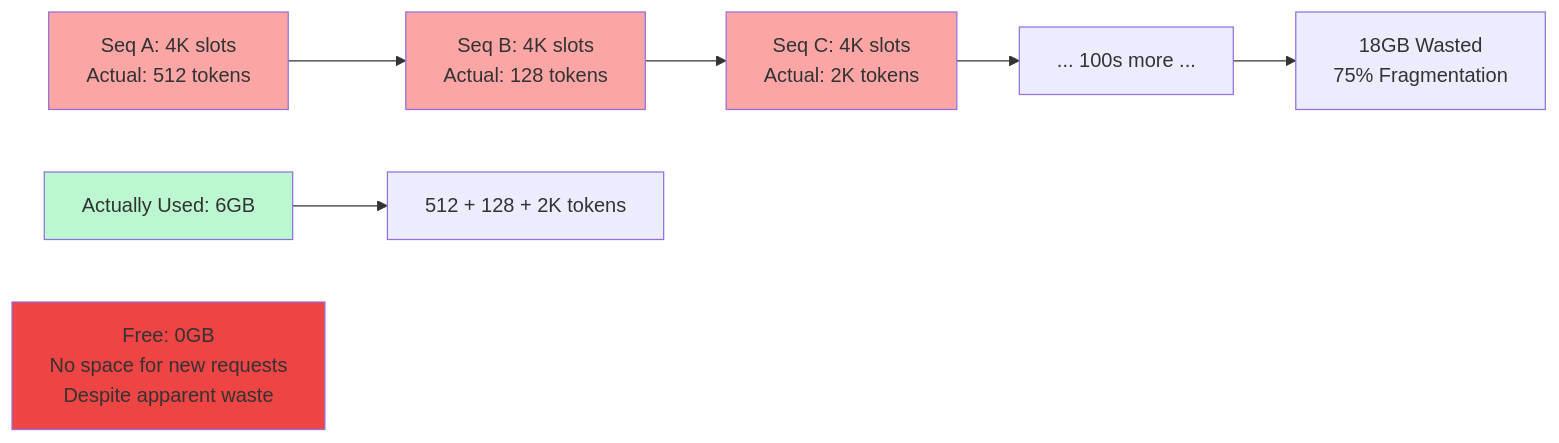
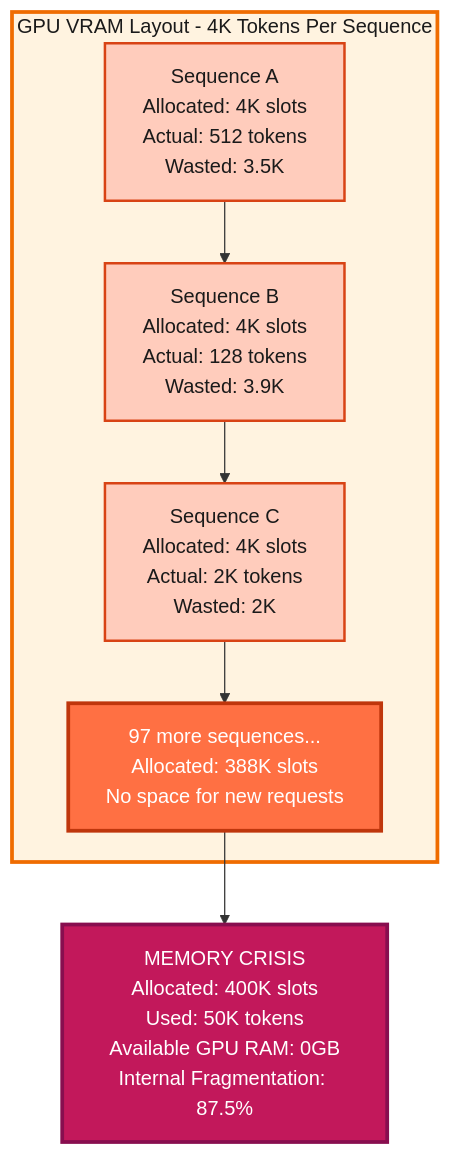
The second of 9 diagrams in lab0.3/README.md (Shahriarin2garden/vllm_from_scratch), drawn with Mermaid before and after one commit. The commit also changed other lines of this file, not shown here.

Commit message:
Enhance Lab 0.3 README with detailed diagrams for KV cache operations, memory fragmentation, and performance metrics

````diff
--- a/lab0.3/README.md
+++ b/lab0.3/README.md
@@ -142,18 +154,20 @@
 ```mermaid
-graph LR
-    A1[Seq A: 4K slots<br/>Actual: 512 tokens] --> A2[Seq B: 4K slots<br/>Actual: 128 tokens]
-    A2 --> A3[Seq C: 4K slots<br/>Actual: 2K tokens]
-    A3 --> A4[... 100s more ...]
+graph TD
+    subgraph VRAM["GPU VRAM Layout - 4K Tokens Per Sequence"]
+        A1["Sequence A<br/>Allocated: 4K slots<br/>Actual: 512 tokens<br/>Wasted: 3.5K"]
+        A2["Sequence B<br/>Allocated: 4K slots<br/>Actual: 128 tokens<br/>Wasted: 3.9K"]
+        A3["Sequence C<br/>Allocated: 4K slots<br/>Actual: 2K tokens<br/>Wasted: 2K"]
+        A4["97 more sequences...<br/>Allocated: 388K slots<br/>No space for new requests"]
+    end
     
-    U1[Actually Used: 6GB] --> U2[512 + 128 + 2K tokens]
+    METRICS["MEMORY CRISIS<br/>Allocated: 400K slots<br/>Used: 50K tokens<br/>Available GPU RAM: 0GB<br/>Internal Fragmentation: 87.5%"]
     
-    F1[Free: 0GB<br/>No space for new requests<br/>Despite apparent waste]
+    A1 --> A2 --> A3 --> A4 --> METRICS
     
-    A4 --> Summary[18GB Wasted<br/>75% Fragmentation]
-    
-    style A1 fill:#fca5a5
-    style A2 fill:#fca5a5
-    style A3 fill:#fca5a5
-    style U1 fill:#bbf7d0
-    style F1 fill:#ef4444
+    style VRAM fill:#fff3e0,stroke:#ef6c00,stroke-width:3px,color:#1a1a1a
+    style A1 fill:#ffccbc,stroke:#d84315,stroke-width:2px,color:#1a1a1a
+    style A2 fill:#ffccbc,stroke:#d84315,stroke-width:2px,color:#1a1a1a
+    style A3 fill:#ffccbc,stroke:#d84315,stroke-width:2px,color:#1a1a1a
+    style A4 fill:#ff7043,stroke:#bf360c,stroke-width:3px,color:#ffffff
+    style METRICS fill:#c2185b,color:#ffffff,stroke:#880e4f,stroke-width:3px
 ```
````
